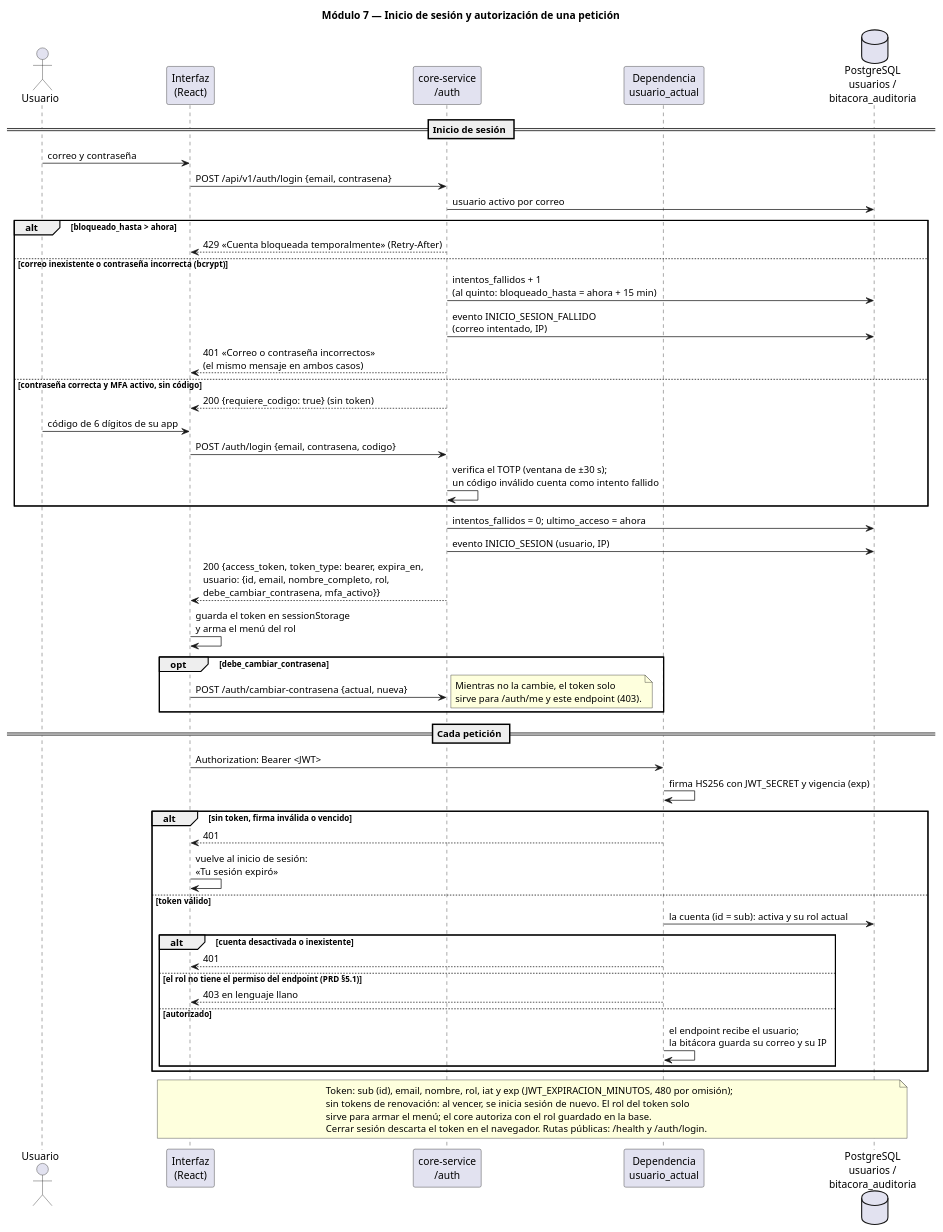
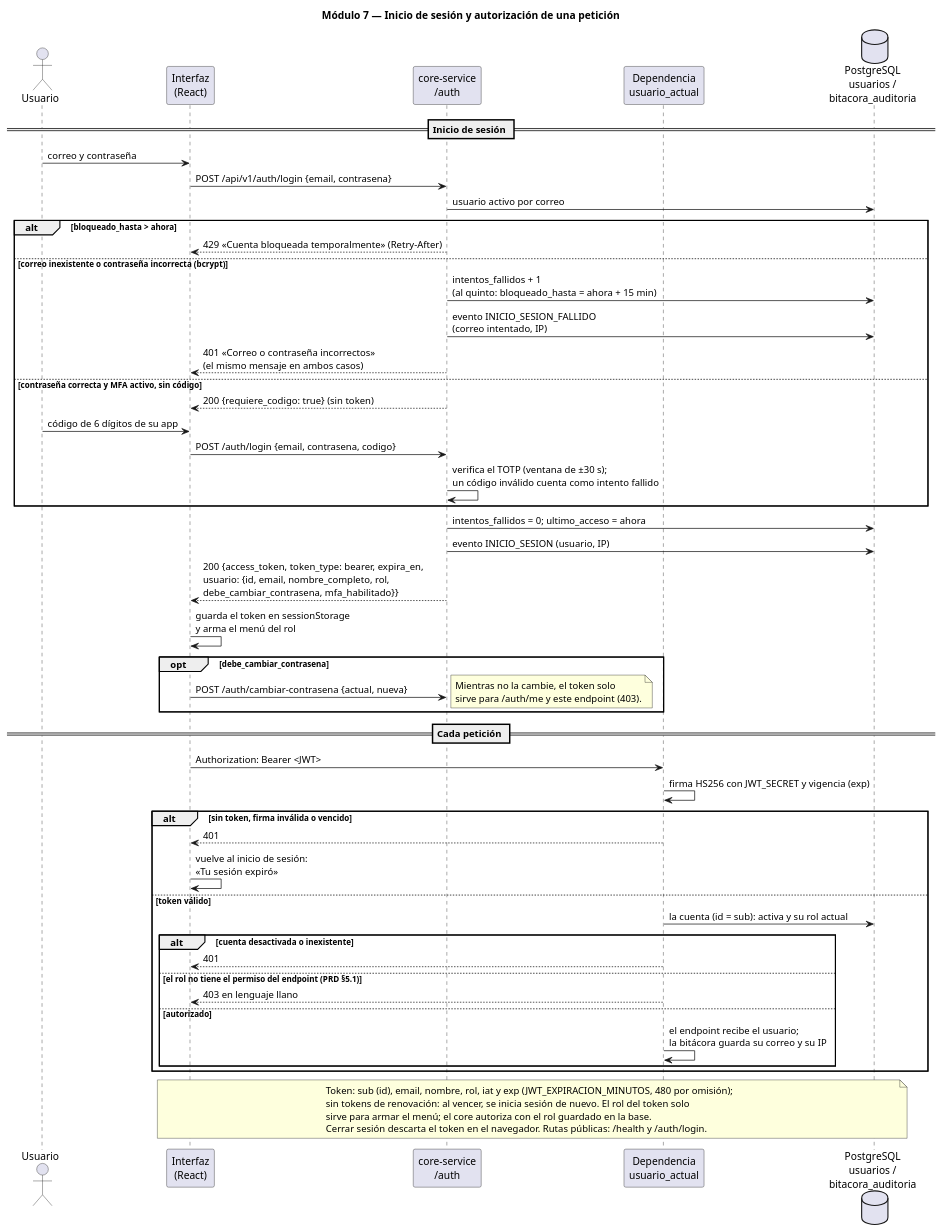
The diagram in docs/uml/m7-secuencia-inicio-sesion.puml (oliverpelay82-stack/G19X-ITCH-OVP-816-ACADEMIC), drawn with PlantUML before and after one commit. The commit also changed 15 other files, not shown here.

```diff
--- a/docs/uml/m7-secuencia-inicio-sesion.puml
+++ b/docs/uml/m7-secuencia-inicio-sesion.puml
@@ -1,68 +1,68 @@
 @startuml m7-secuencia-inicio-sesion
 ' Módulo 7 — Inicio de sesión, segundo factor y autorización de cada petición (DOC-04, no PLUS).
 ' Trazabilidad: RF-25 (autenticación con soporte MFA), RF-26 (RBAC), RF-27 y HU-07
 ' (INICIO_SESION, INICIO_SESION_FALLIDO con usuario e IP), HU-06; DOC-08 (POST /auth/login,
 ' GET /auth/me, token Bearer JWT HMAC-SHA256, contraseñas con bcrypt);
 ' ISO/IEC 27001 A.5.17 (información de autenticación) y A.8.5 (autenticación segura).
 ' Diseño: PRD §5.2. MFA: TOTP opcional por usuario (RFC 6238, decisión del 14/10/2026).
 ' Implementación prevista: core-service controllers/auth_controller.py, config/seguridad.py,
 ' models/usuario.py; frontend components/InicioSesion.jsx y el contexto de sesión.
 
 title Módulo 7 — Inicio de sesión y autorización de una petición
 
 actor "Usuario" as U
 participant "Interfaz\n(React)" as UI
 participant "core-service\n/auth" as AUTH
 participant "Dependencia\nusuario_actual" as DEP
 database "PostgreSQL\nusuarios /\nbitacora_auditoria" as BD
 
 == Inicio de sesión ==
 U -> UI : correo y contraseña
 UI -> AUTH : POST /api/v1/auth/login {email, contrasena}
 AUTH -> BD : usuario activo por correo
 alt bloqueado_hasta > ahora
   AUTH --> UI : 429 «Cuenta bloqueada temporalmente» (Retry-After)
 else correo inexistente o contraseña incorrecta (bcrypt)
   AUTH -> BD : intentos_fallidos + 1\n(al quinto: bloqueado_hasta = ahora + 15 min)
   AUTH -> BD : evento INICIO_SESION_FALLIDO\n(correo intentado, IP)
   AUTH --> UI : 401 «Correo o contraseña incorrectos»\n(el mismo mensaje en ambos casos)
 else contraseña correcta y MFA activo, sin código
   AUTH --> UI : 200 {requiere_codigo: true} (sin token)
   U -> UI : código de 6 dígitos de su app
   UI -> AUTH : POST /auth/login {email, contrasena, codigo}
   AUTH -> AUTH : verifica el TOTP (ventana de ±30 s);\nun código inválido cuenta como intento fallido
 end
 AUTH -> BD : intentos_fallidos = 0; ultimo_acceso = ahora
 AUTH -> BD : evento INICIO_SESION (usuario, IP)
-AUTH --> UI : 200 {access_token, token_type: bearer, expira_en,\nusuario: {id, email, nombre_completo, rol,\ndebe_cambiar_contrasena, mfa_activo}}
+AUTH --> UI : 200 {access_token, token_type: bearer, expira_en,\nusuario: {id, email, nombre_completo, rol,\ndebe_cambiar_contrasena, mfa_habilitado}}
 UI -> UI : guarda el token en sessionStorage\ny arma el menú del rol
 opt debe_cambiar_contrasena
   UI -> AUTH : POST /auth/cambiar-contrasena {actual, nueva}
   note right : Mientras no la cambie, el token solo\nsirve para /auth/me y este endpoint (403).
 end
 
 == Cada petición ==
 UI -> DEP : Authorization: Bearer <JWT>
 DEP -> DEP : firma HS256 con JWT_SECRET y vigencia (exp)
 alt sin token, firma inválida o vencido
   DEP --> UI : 401
   UI -> UI : vuelve al inicio de sesión:\n«Tu sesión expiró»
 else token válido
   DEP -> BD : la cuenta (id = sub): activa y su rol actual
   alt cuenta desactivada o inexistente
     DEP --> UI : 401
   else el rol no tiene el permiso del endpoint (PRD §5.1)
     DEP --> UI : 403 en lenguaje llano
   else autorizado
     DEP -> DEP : el endpoint recibe el usuario;\nla bitácora guarda su correo y su IP
   end
 end
 
 note over UI, BD
   Token: sub (id), email, nombre, rol, iat y exp (JWT_EXPIRACION_MINUTOS, 480 por omisión);
   sin tokens de renovación: al vencer, se inicia sesión de nuevo. El rol del token solo
   sirve para armar el menú; el core autoriza con el rol guardado en la base.
   Cerrar sesión descarta el token en el navegador. Rutas públicas: /health y /auth/login.
 end note
 
 @enduml
```
